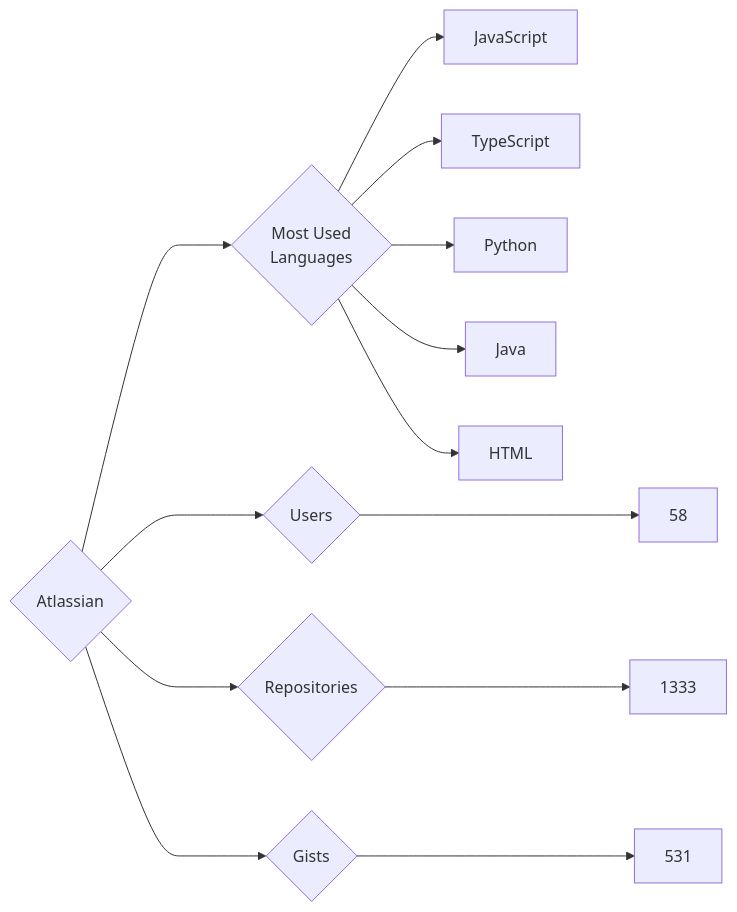
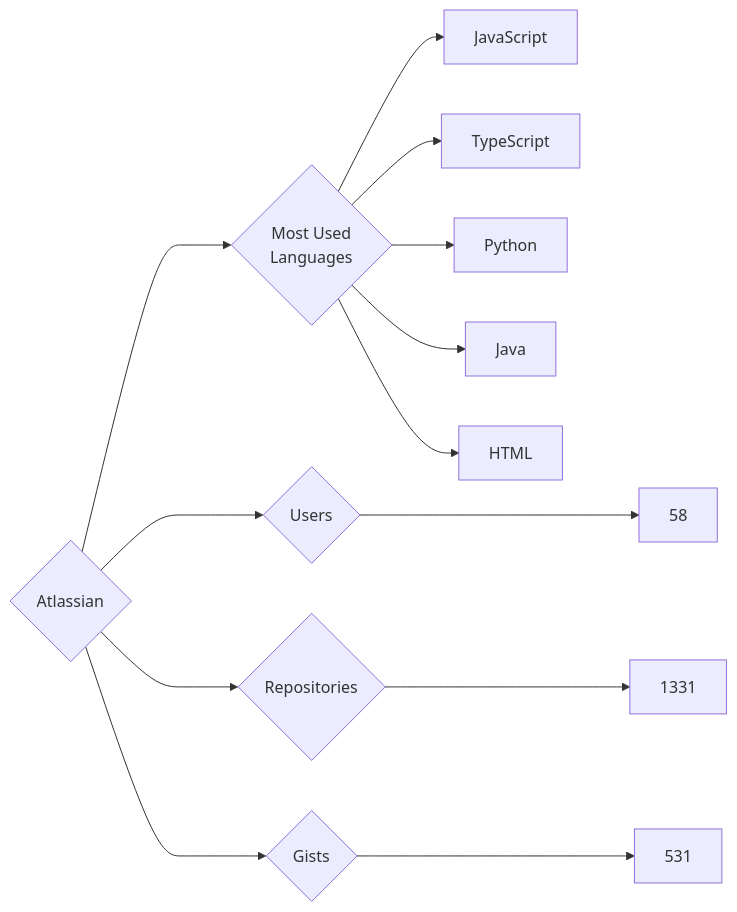
The diagram in targets/Atlassian/README.md (trickest/insiders), drawn with Mermaid before and after one commit. The commit also changed 748 other files, not shown here.

````diff
--- a/targets/Atlassian/README.md
+++ b/targets/Atlassian/README.md
@@ -3,13 +3,13 @@
 ```mermaid
 graph LR
 COMPANY_NAME{Atlassian}
 COMPANY_NAME ---> U{Users} ---> UN[58]
-COMPANY_NAME ---> R{Repositories} ---> RN[1333]
+COMPANY_NAME ---> R{Repositories} ---> RN[1331]
 COMPANY_NAME ---> G{Gists} ---> GN[531]
 COMPANY_NAME ---> ML{Most Used<br>Languages}
 ML --> JavaScript[JavaScript]
 ML --> TypeScript[TypeScript]
 ML --> Python[Python]
 ML --> Java[Java]
 ML --> HTML[HTML]
 ```
````
